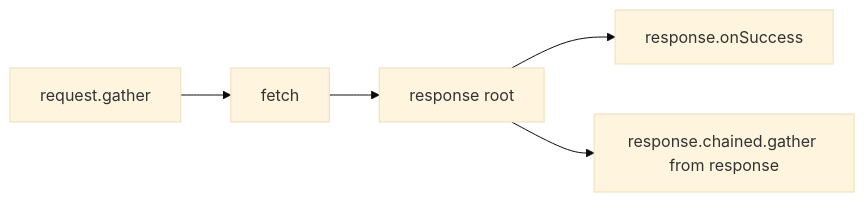
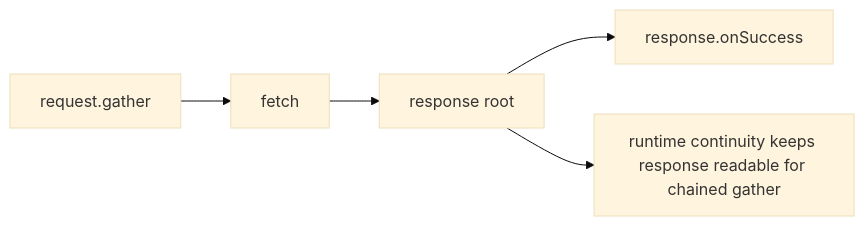
The third of 3 diagrams in docs/research/2026-03-31-issue-86-runtime-schema-proof.md (marafiq/alis-reactive), drawn with Mermaid (base theme) before and after one commit. The commit also changed other lines of this file and 18 other files, not shown here.

Commit message:
proof: harden issue 86 schema lock package

````diff
--- a/docs/research/2026-03-31-issue-86-runtime-schema-proof.md
+++ b/docs/research/2026-03-31-issue-86-runtime-schema-proof.md
@@ -1077,7 +1108,7 @@
 ```mermaid
 flowchart LR
   A["request.gather"] --> B["fetch"]
   B --> C["response root"]
   C --> D["response.onSuccess"]
-  C --> E["response.chained.gather from response"]
+  C --> E["runtime continuity keeps response readable for chained gather"]
 ```
````
